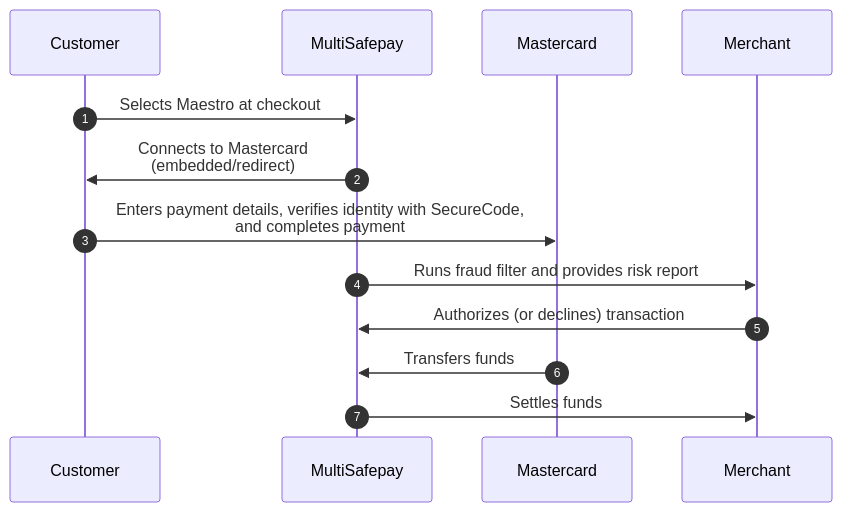
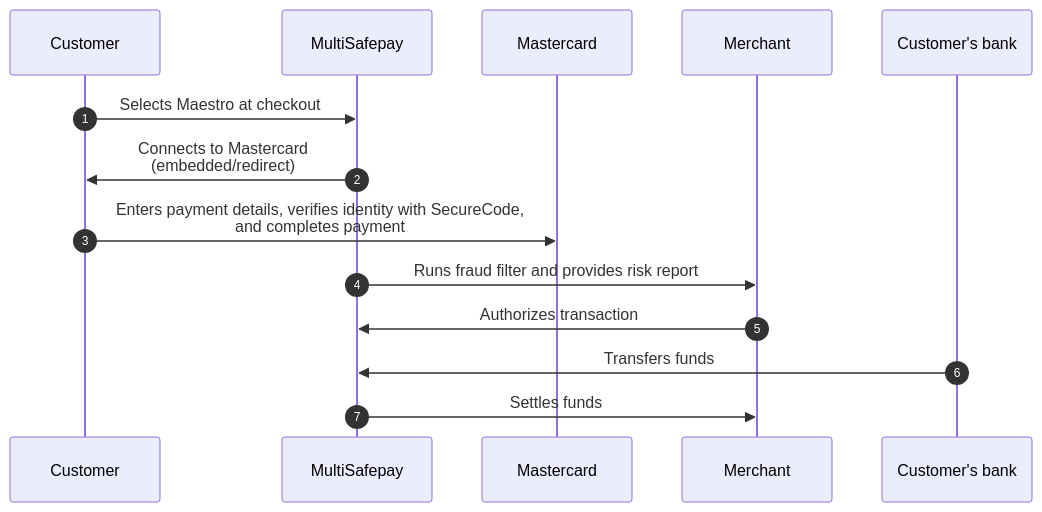
The diagram in content/payments/methods/credit-and-debit-cards/maestro/payment-flow.md (MultiSafepay/docs), drawn with Mermaid before and after one commit. The commit also changed other lines of this file and 37 other files, not shown here.

```diff
--- a/content/payments/methods/credit-and-debit-cards/maestro/payment-flow.md
+++ b/content/payments/methods/credit-and-debit-cards/maestro/payment-flow.md
@@ -14,18 +14,19 @@
 {{< mermaid class="text-center" >}}
 
 sequenceDiagram
     autonumber
     participant C as Customer
     participant Mu as MultiSafepay
     participant Ma as Mastercard
     participant Me as Merchant
+    participant CB as Customer's bank
 
     C->>Mu: Selects Maestro at checkout
     Mu->>C: Connects to Mastercard <br> (embedded/redirect)
     C->>Ma: Enters payment details, verifies identity with SecureCode, <br> and completes payment
     Mu->>Me: Runs fraud filter and provides risk report
-    Me->>Mu: Authorizes (or declines) transaction
-    Ma->>Mu: Transfers funds 
+    Me->>Mu: Authorizes transaction
+    CB->>Mu: Transfers funds 
     Mu->>Me: Settles funds
 
 {{< /mermaid >}}
```
